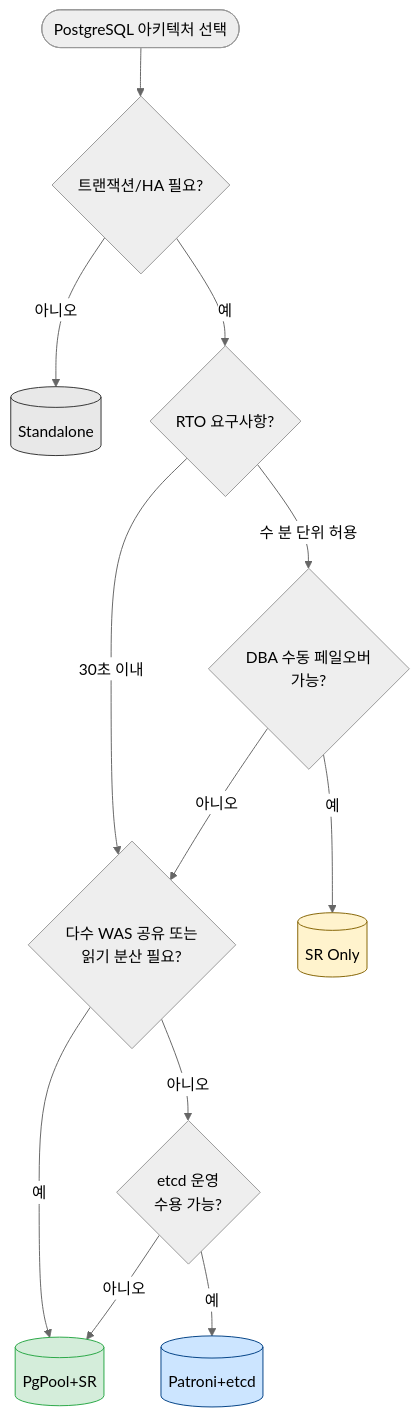
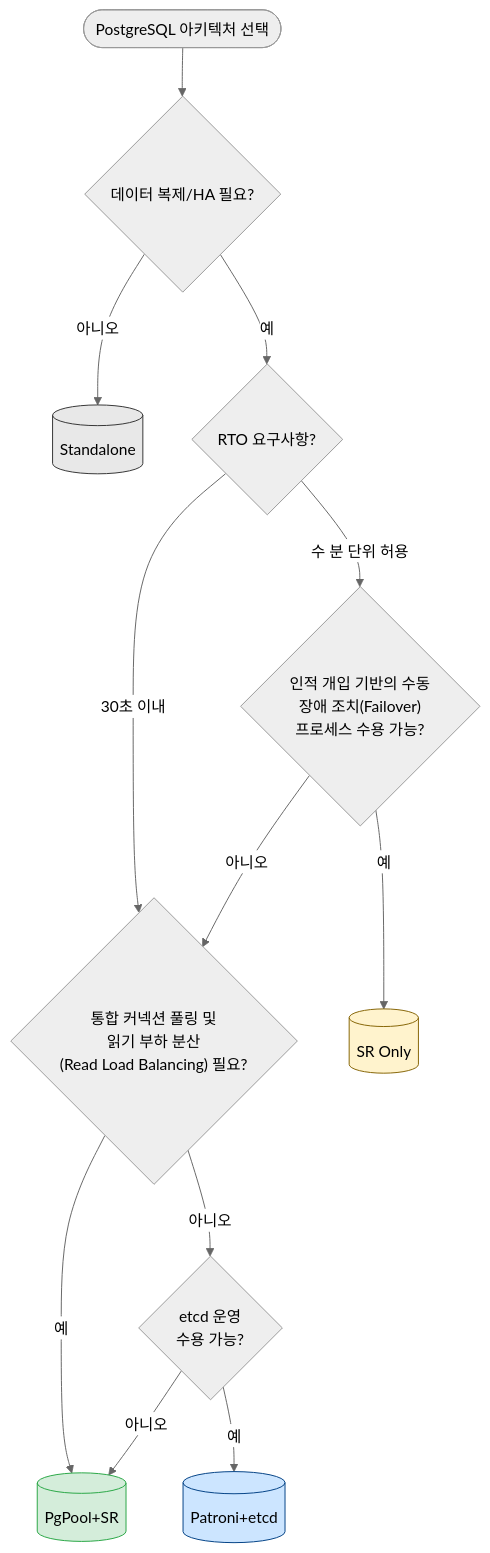
The first of 9 diagrams in reports/db-standard-guide-v3.md (ta-mingyu/was-postgre-mongo), drawn with Mermaid (neutral theme) before and after one commit. The commit also changed other lines of this file and 3 other files, not shown here.

````diff
--- a/reports/db-standard-guide-v3.md
+++ b/reports/db-standard-guide-v3.md
@@ -41,19 +41,19 @@
 ```mermaid
 flowchart TD
-    START(["PostgreSQL 아키텍처 선택"]) --> Q1{"트랜잭션/HA 필요?"}
+    START(["PostgreSQL 아키텍처 선택"]) --> Q1{"데이터 복제/HA 필요?"}
     Q1 -->|"아니오"| PG_SA[("Standalone")]
     Q1 -->|"예"| Q2{"RTO 요구사항?"}
-    Q2 -->|"수 분 단위 허용"| Q3{"DBA 수동 페일오버<br/>가능?"}
-    Q2 -->|"30초 이내"| Q4{"다수 WAS 공유 또는<br/>읽기 분산 필요?"}
+    Q2 -->|"수 분 단위 허용"| Q3{"인적 개입 기반의 수동<br/>장애 조치(Failover)<br/>프로세스 수용 가능?"}
+    Q2 -->|"30초 이내"| Q4{"통합 커넥션 풀링 및<br/>읽기 부하 분산<br/>(Read Load Balancing) 필요?"}
     Q3 -->|"예"| PG_SR[("SR Only")]
     Q3 -->|"아니오"| Q4
     Q4 -->|"예"| PG_PGPOOL[("PgPool+SR")]
     Q4 -->|"아니오"| Q5{"etcd 운영<br/>수용 가능?"}
     Q5 -->|"예"| PG_PATRONI[("Patroni+etcd")]
     Q5 -->|"아니오"| PG_PGPOOL
 
     style PG_SA fill:#e8e8e8,stroke:#333
     style PG_SR fill:#fff3cd,stroke:#856404
     style PG_PGPOOL fill:#d4edda,stroke:#28a745
     style PG_PATRONI fill:#cce5ff,stroke:#004085
 ```
````
